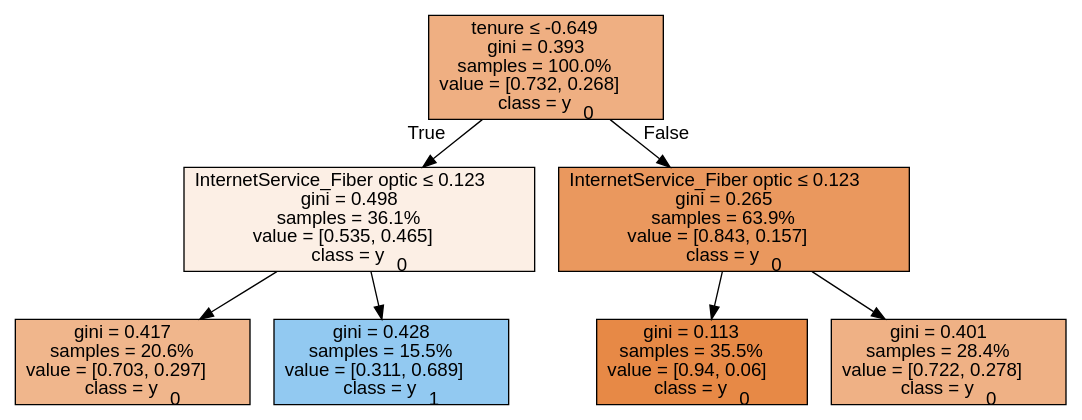
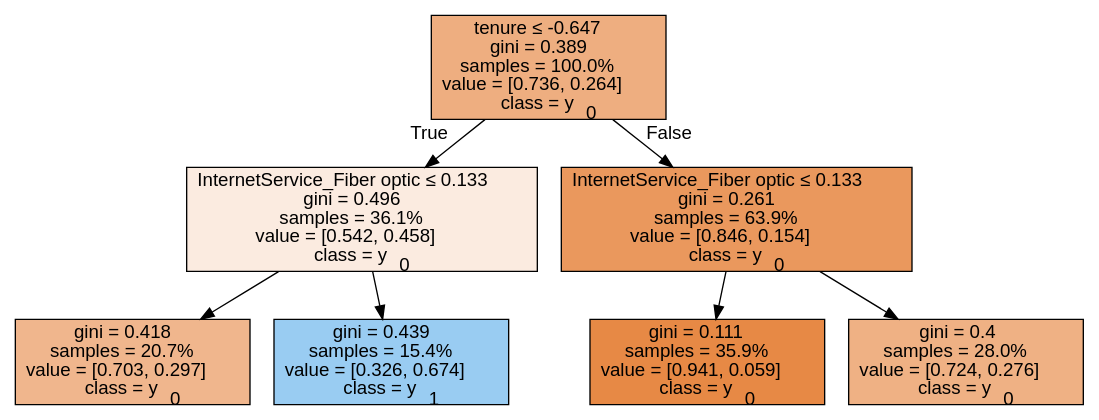
Before and after one commit to SaranshCodes/ML-Learning-Journey: the diagram in Classification/tree.dot, drawn with Graphviz. The commit also changed 2 other files, not shown here.

```diff
--- a/Classification/tree.dot
+++ b/Classification/tree.dot
@@ -1,17 +1,17 @@
 digraph Tree {
 node [shape=box, style="filled", color="black", fontname="helvetica"] ;
 edge [fontname="helvetica"] ;
-0 [label=<tenure &le; -0.649<br/>gini = 0.393<br/>samples = 100.0%<br/>value = [0.732, 0.268]<br/>class = y<SUB>0</SUB>>, fillcolor="#efaf82"] ;
-1 [label=<InternetService_Fiber optic &le; 0.123<br/>gini = 0.498<br/>samples = 36.1%<br/>value = [0.535, 0.465]<br/>class = y<SUB>0</SUB>>, fillcolor="#fcefe5"] ;
+0 [label=<tenure &le; -0.647<br/>gini = 0.389<br/>samples = 100.0%<br/>value = [0.736, 0.264]<br/>class = y<SUB>0</SUB>>, fillcolor="#eeae80"] ;
+1 [label=<InternetService_Fiber optic &le; 0.133<br/>gini = 0.496<br/>samples = 36.1%<br/>value = [0.542, 0.458]<br/>class = y<SUB>0</SUB>>, fillcolor="#fbebe0"] ;
 0 -> 1 [labeldistance=2.5, labelangle=45, headlabel="True"] ;
-2 [label=<gini = 0.417<br/>samples = 20.6%<br/>value = [0.703, 0.297]<br/>class = y<SUB>0</SUB>>, fillcolor="#f0b68c"] ;
+2 [label=<gini = 0.418<br/>samples = 20.7%<br/>value = [0.703, 0.297]<br/>class = y<SUB>0</SUB>>, fillcolor="#f0b68d"] ;
 1 -> 2 ;
-3 [label=<gini = 0.428<br/>samples = 15.5%<br/>value = [0.311, 0.689]<br/>class = y<SUB>1</SUB>>, fillcolor="#92c9f1"] ;
+3 [label=<gini = 0.439<br/>samples = 15.4%<br/>value = [0.326, 0.674]<br/>class = y<SUB>1</SUB>>, fillcolor="#99ccf2"] ;
 1 -> 3 ;
-4 [label=<InternetService_Fiber optic &le; 0.123<br/>gini = 0.265<br/>samples = 63.9%<br/>value = [0.843, 0.157]<br/>class = y<SUB>0</SUB>>, fillcolor="#ea985e"] ;
+4 [label=<InternetService_Fiber optic &le; 0.133<br/>gini = 0.261<br/>samples = 63.9%<br/>value = [0.846, 0.154]<br/>class = y<SUB>0</SUB>>, fillcolor="#ea985d"] ;
 0 -> 4 [labeldistance=2.5, labelangle=-45, headlabel="False"] ;
-5 [label=<gini = 0.113<br/>samples = 35.5%<br/>value = [0.94, 0.06]<br/>class = y<SUB>0</SUB>>, fillcolor="#e78946"] ;
+5 [label=<gini = 0.111<br/>samples = 35.9%<br/>value = [0.941, 0.059]<br/>class = y<SUB>0</SUB>>, fillcolor="#e78945"] ;
 4 -> 5 ;
-6 [label=<gini = 0.401<br/>samples = 28.4%<br/>value = [0.722, 0.278]<br/>class = y<SUB>0</SUB>>, fillcolor="#efb185"] ;
+6 [label=<gini = 0.4<br/>samples = 28.0%<br/>value = [0.724, 0.276]<br/>class = y<SUB>0</SUB>>, fillcolor="#efb184"] ;
 4 -> 6 ;
 }
```
